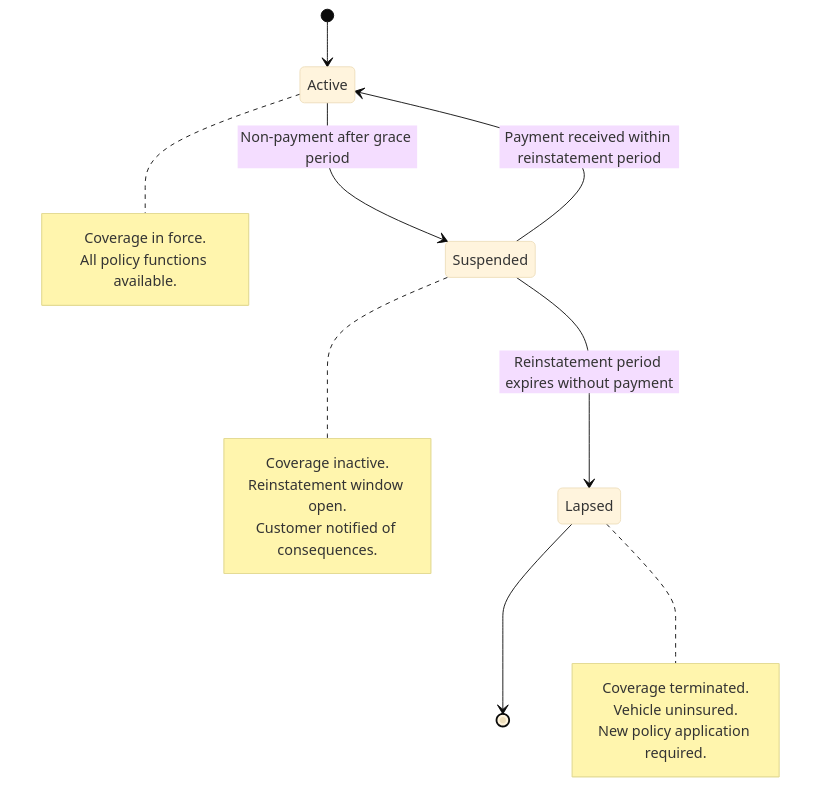
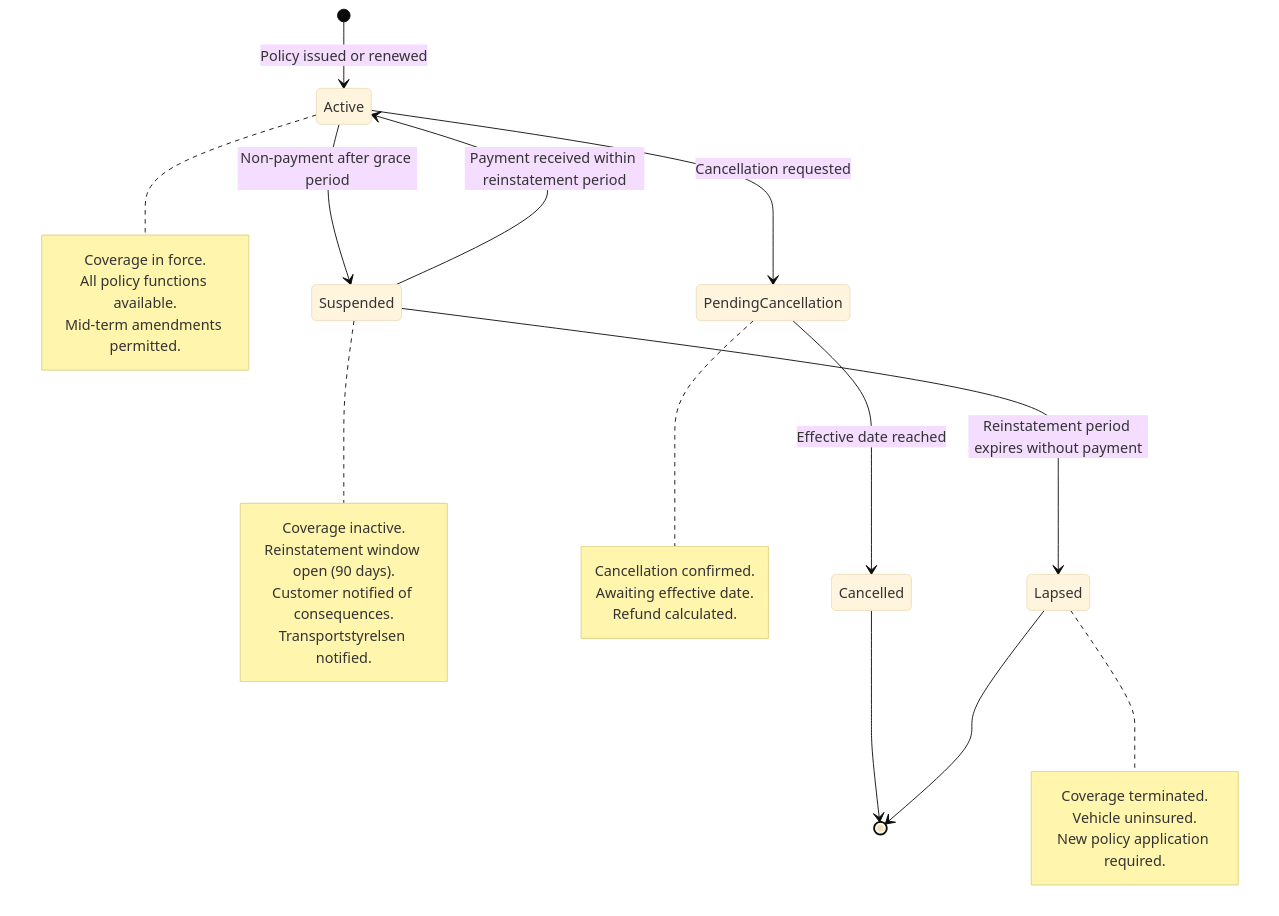
The second of 3 diagrams in versioned_docs/version-phase-1/phase-1-motor/use-cases/policy-administration.md (Agentic-software-factory/insurance-platform-requirements), drawn with Mermaid (base theme) before and after one commit. The commit also changed 13 other files, not shown here.

First line of the commit message:
docs(#123): Sync diagrams to versioned_docs Phase 1 frozen snapshot (#133)

````diff
--- a/versioned_docs/version-phase-1/phase-1-motor/use-cases/policy-administration.md
+++ b/versioned_docs/version-phase-1/phase-1-motor/use-cases/policy-administration.md
@@ -617,25 +617,36 @@
 ```mermaid
 stateDiagram-v2
-    [*] --> Active
+    [*] --> Active : Policy issued or renewed
     Active --> Suspended : Non-payment after grace period
+    Active --> PendingCancellation : Cancellation requested
     Suspended --> Active : Payment received within reinstatement period
     Suspended --> Lapsed : Reinstatement period expires without payment
+    PendingCancellation --> Cancelled : Effective date reached
+    Cancelled --> [*]
     Lapsed --> [*]
 
     note right of Active
         Coverage in force.
         All policy functions available.
+        Mid-term amendments permitted.
     end note
 
     note right of Suspended
         Coverage inactive.
-        Reinstatement window open.
+        Reinstatement window open (90 days).
         Customer notified of consequences.
+        Transportstyrelsen notified.
+    end note
+
+    note right of PendingCancellation
+        Cancellation confirmed.
+        Awaiting effective date.
+        Refund calculated.
     end note
 
     note right of Lapsed
         Coverage terminated.
         Vehicle uninsured.
         New policy application required.
     end note
 ```
````
